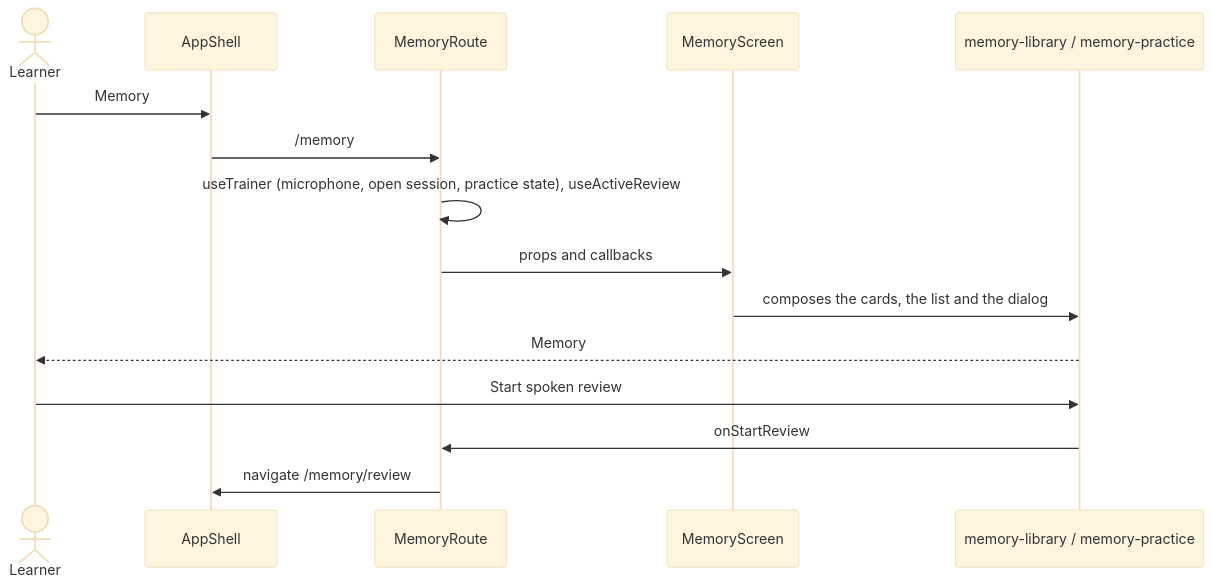
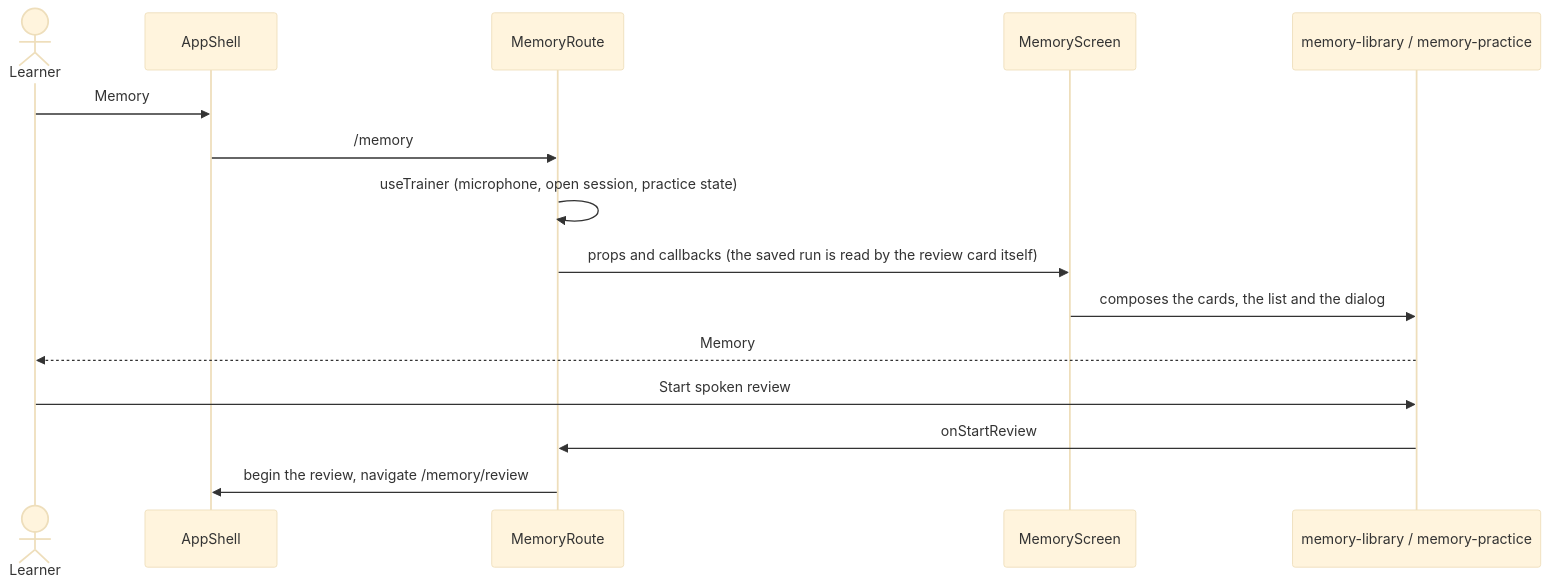
The diagram in src/screens/memory/flow.md (oleksii-latyshev/english-trainer), drawn with Mermaid (base theme) before and after one commit. The commit also changed 263 other files, not shown here.

First line of the commit message:
refactor(memory): spoken review in the target architecture and glass design (#69)

````diff
--- a/src/screens/memory/flow.md
+++ b/src/screens/memory/flow.md
@@ -23,18 +23,18 @@
 ```mermaid
 sequenceDiagram
     actor Learner
     participant Shell as AppShell
     participant Route as MemoryRoute
     participant Screen as MemoryScreen
     participant Features as memory-library / memory-practice
 
     Learner->>Shell: Memory
     Shell->>Route: /memory
-    Route->>Route: useTrainer (microphone, open session, practice state), useActiveReview
-    Route->>Screen: props and callbacks
+    Route->>Route: useTrainer (microphone, open session, practice state)
+    Route->>Screen: props and callbacks (the saved run is read by the review card itself)
     Screen->>Features: composes the cards, the list and the dialog
     Features-->>Learner: Memory
     Learner->>Features: Start spoken review
     Features->>Route: onStartReview
-    Route->>Shell: navigate /memory/review
+    Route->>Shell: begin the review, navigate /memory/review
 ```
````
